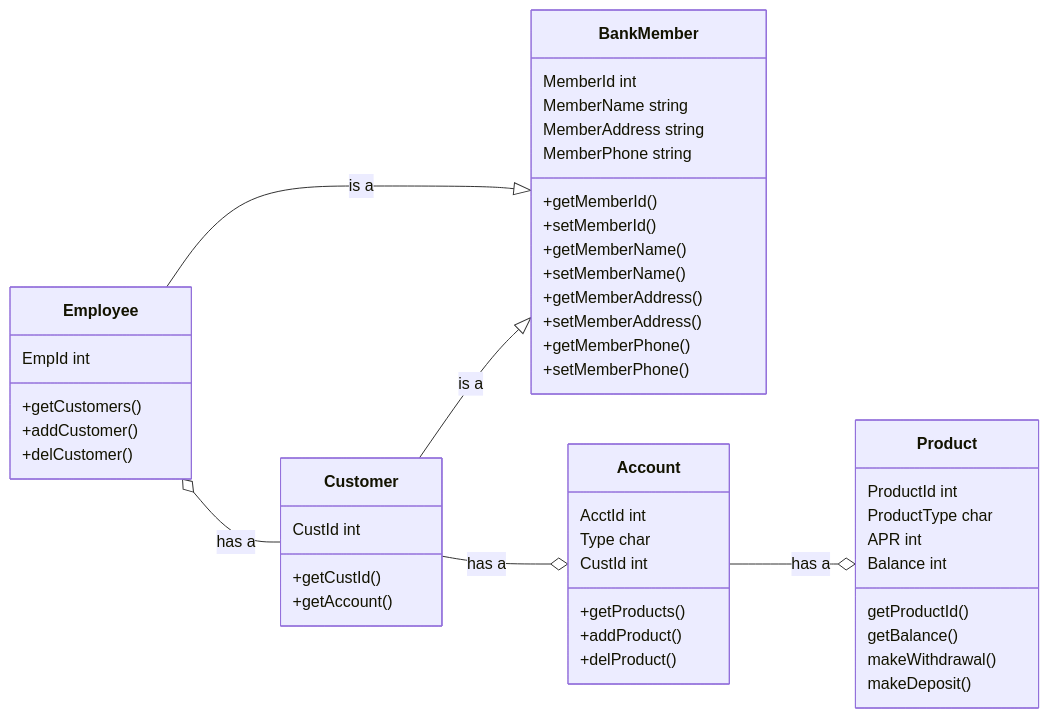
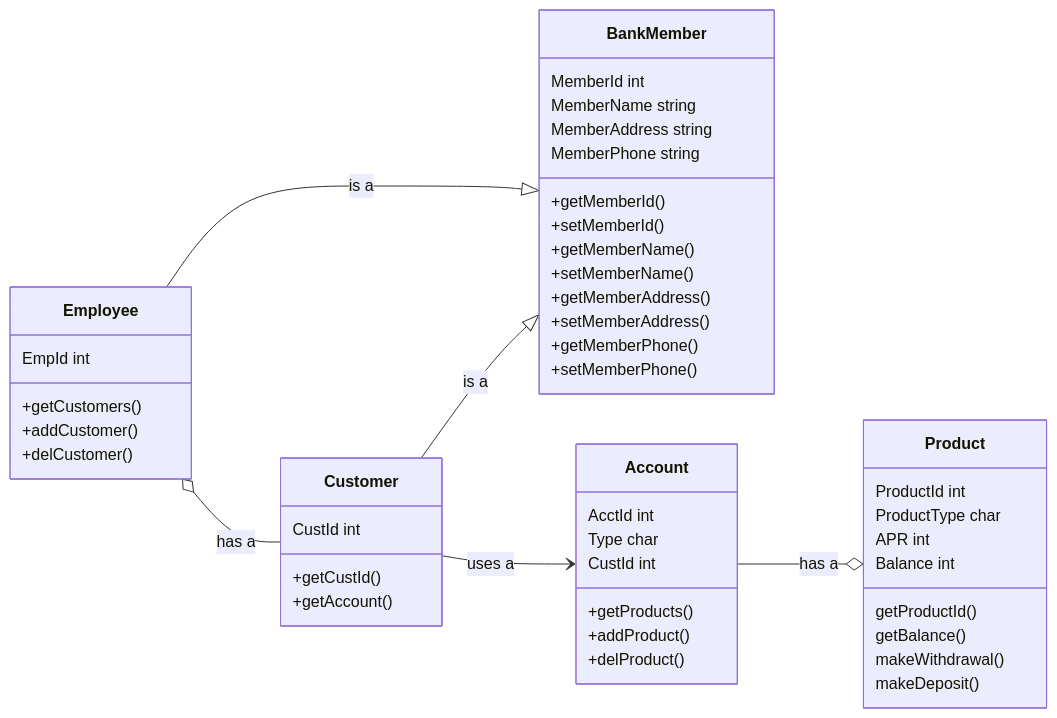
One commit to Marcus-Snell/Test changed the diagram in mermaid.md. Above: the diagram before and after it, drawn with Mermaid.

````diff
--- a/mermaid.md
+++ b/mermaid.md
@@ -1,52 +1,48 @@
 ```mermaid
 classDiagram
 direction LR
 BankMember
 BankMember : MemberId int
 BankMember : MemberName string
 BankMember : MemberAddress string
 BankMember : MemberPhone string
 BankMember : +getMemberId()
 BankMember : +setMemberId()
 BankMember : +getMemberName()
 BankMember : +setMemberName()
 BankMember : +getMemberAddress()
 BankMember : +setMemberAddress()
 BankMember : +getMemberPhone()
 BankMember : +setMemberPhone()
 
-
 Employee --|> BankMember : is a
 Employee o-- Customer : has a
 Employee : EmpId int
 Employee : +getCustomers()
 Employee : +addCustomer()
 Employee : +delCustomer()
 
 Customer --|> BankMember : is a
-Customer --o Account : has a
+Customer --> Account : uses a
 Customer : CustId int
 Customer : +getCustId()
 Customer : +getAccount()
 
 Account --o Product : has a
 Account : AcctId int
 Account : Type char
 Account : CustId int
 Account : +getProducts()
 Account : +addProduct()
 Account : +delProduct()
 
-
-
-
 Product : ProductId int
 Product : ProductType char
 Product : APR int
 Product : Balance int
 Product : getProductId()
 Product : getBalance()
 Product : makeWithdrawal()
 Product : makeDeposit()
 
 ```
````
